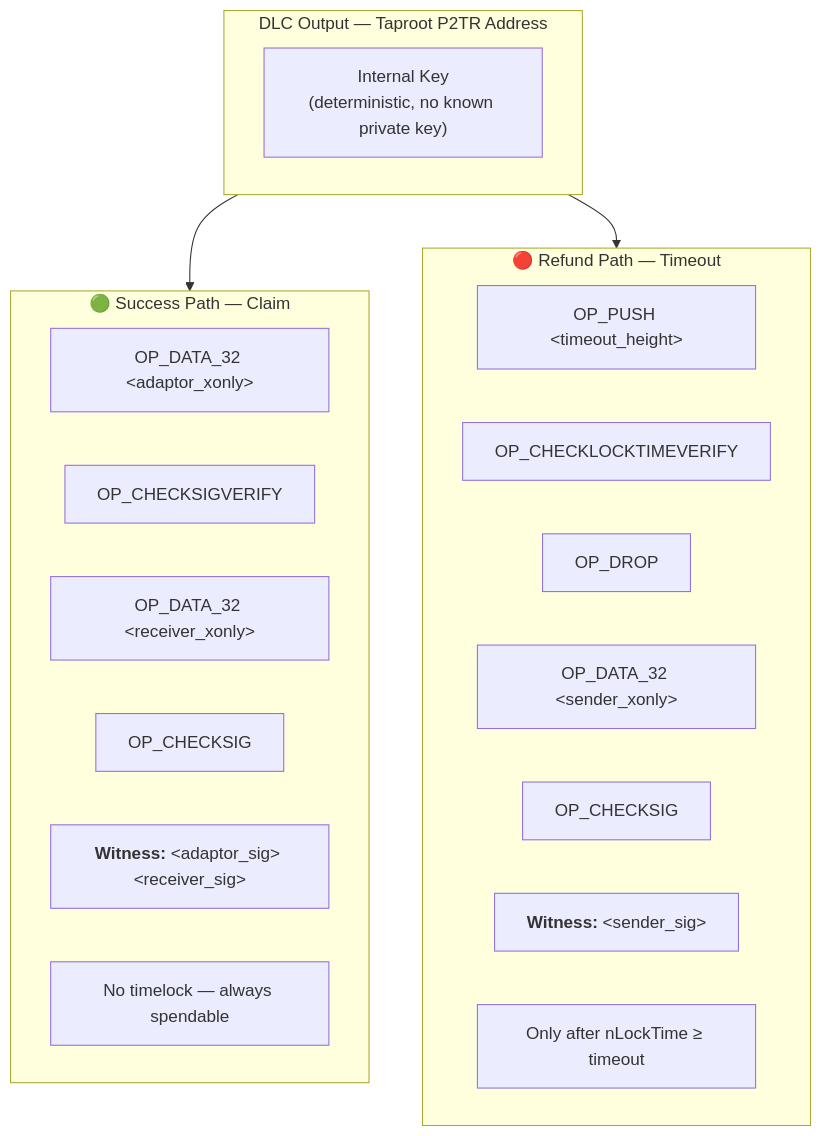
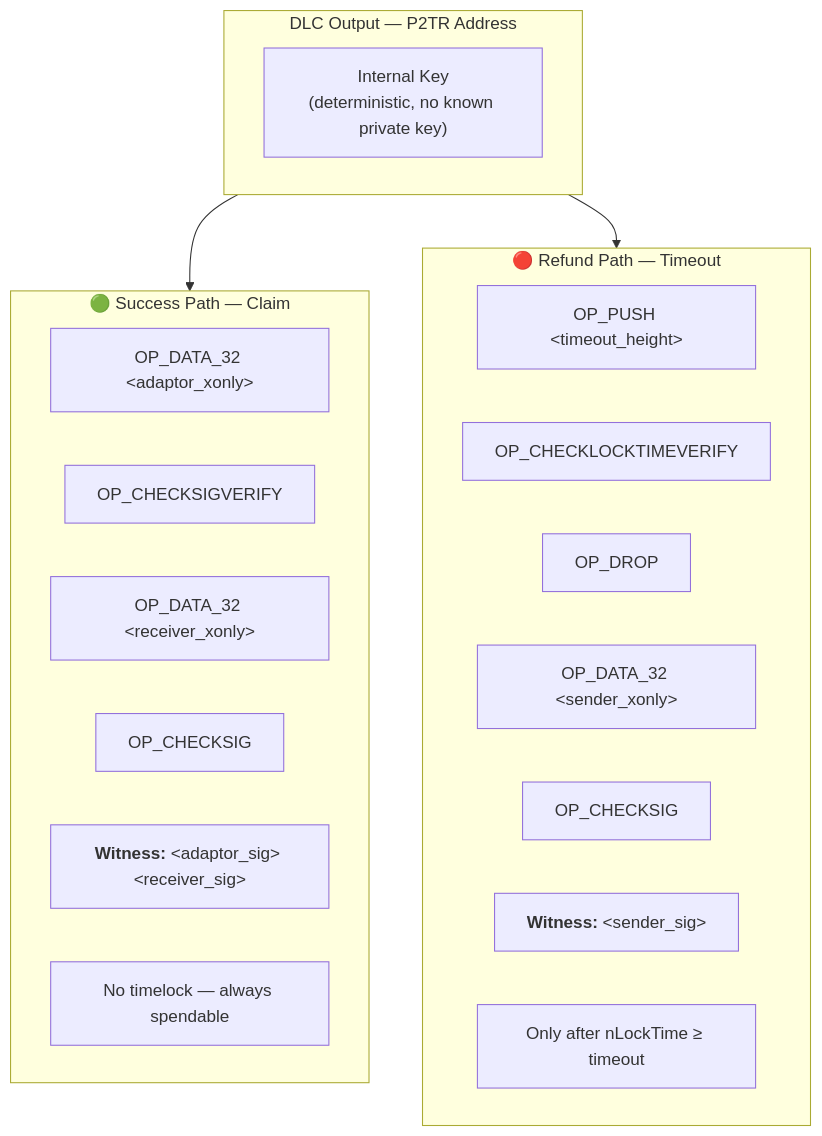
One commit to Avecci-Claussen/DLC_Bridge-FB-BTC changed the third of 5 diagrams in README.md. Above: the diagram before and after it, drawn with Mermaid.

````diff
--- a/README.md
+++ b/README.md
@@ -267,28 +267,28 @@
 ```mermaid
 flowchart TD
-    subgraph P2TR["DLC Output — Taproot P2TR Address"]
+    subgraph P2TR["DLC Output — P2TR Address"]
         IK["Internal Key<br/>(deterministic, no known private key)"]
     end
 
     P2TR --> SUCCESS
     P2TR --> REFUND
 
     subgraph SUCCESS["🟢 Success Path — Claim"]
         S1["OP_DATA_32 &lt;adaptor_xonly&gt;"]
         S2["OP_CHECKSIGVERIFY"]
         S3["OP_DATA_32 &lt;receiver_xonly&gt;"]
         S4["OP_CHECKSIG"]
         S5["<b>Witness:</b> &lt;adaptor_sig&gt; &lt;receiver_sig&gt;"]
         S6["No timelock — always spendable"]
     end
 
     subgraph REFUND["🔴 Refund Path — Timeout"]
         R1["OP_PUSH &lt;timeout_height&gt;"]
         R2["OP_CHECKLOCKTIMEVERIFY"]
         R3["OP_DROP"]
         R4["OP_DATA_32 &lt;sender_xonly&gt;"]
         R5["OP_CHECKSIG"]
         R6["<b>Witness:</b> &lt;sender_sig&gt;"]
         R7["Only after nLockTime ≥ timeout"]
     end
 ```
````
